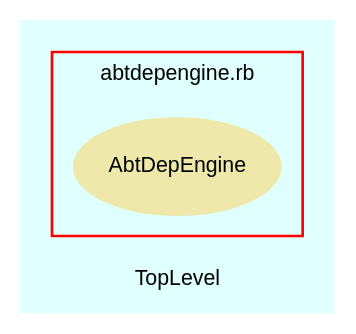
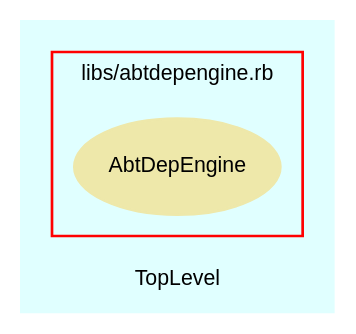
Before and after one commit to eschabell/abtlinux: the diagram in src/trunk/doc/dot/f_0.dot, drawn with Graphviz. The commit also changed 52 other files, not shown here.

```diff
--- a/src/trunk/doc/dot/f_0.dot
+++ b/src/trunk/doc/dot/f_0.dot
@@ -1,28 +1,28 @@
 digraph TopLevel {
     compound = true
     bgcolor = lightcyan1
     fontname = Arial
     fontsize = 8
     label = "TopLevel"
     node [
         fontname = Arial,
         fontsize = 8,
         color = black
     ]
 
     subgraph cluster_1 {
         fontname = Arial
         color = red
-        label = "abtdepengine.rb"
+        label = "libs/abtdepengine.rb"
         AbtDepEngine [
             fontcolor = black,
             URL = "classes/AbtDepEngine.html",
             shape = ellipse,
             color = palegoldenrod,
             style = filled,
             label = "AbtDepEngine"
         ]
 
     }
 
 }
```
